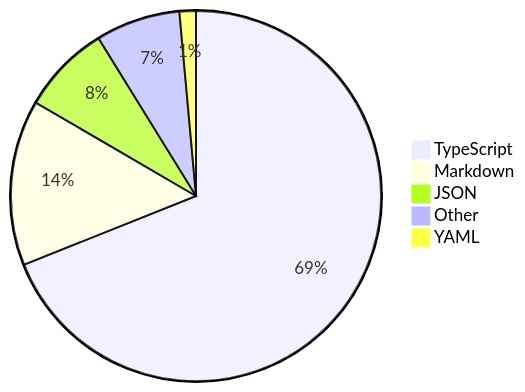
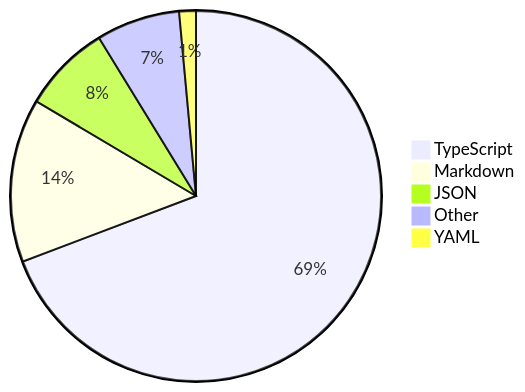
The diagram in README.md (skvggor/skvggor), drawn with Mermaid before and after one commit.

Commit message:
Updated waka-readme graph with new metrics

````diff
--- a/README.md
+++ b/README.md
@@ -16,8 +16,8 @@
 ```mermaid
 pie
-    "TypeScript" : 67.3
-    "Markdown" : 14.1
-    "JSON" : 7.6
-    "Other" : 7.2
+    "TypeScript" : 66.4
+    "Markdown" : 13.7
+    "JSON" : 7.4
+    "Other" : 7.0
     "YAML" : 1.4
 ```
````
